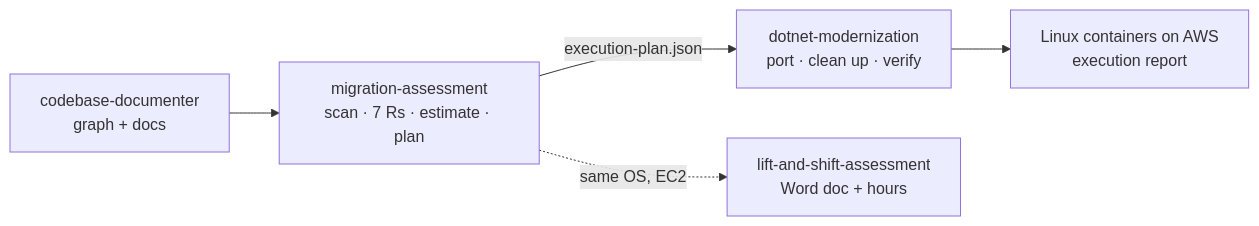
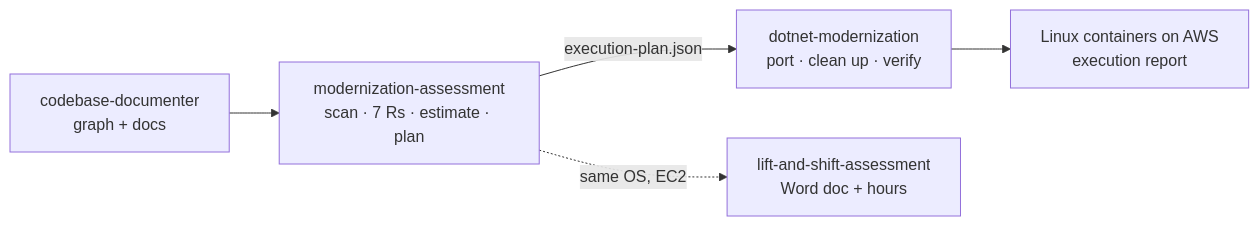
The diagram in README.md (MayankPunghal/Skills), drawn with Mermaid before and after one commit. The commit also changed other lines of this file and 175 other files, not shown here.

First line of the commit message:
Rename skill: migration-assessment -> modernization-assessment 3.0.0

````diff
--- a/README.md
+++ b/README.md
@@ -79,7 +79,7 @@
 ```mermaid
 flowchart LR
-    A["codebase-documenter<br/>graph + docs"] --> B["migration-assessment<br/>scan · 7 Rs · estimate · plan"]
+    A["codebase-documenter<br/>graph + docs"] --> B["modernization-assessment<br/>scan · 7 Rs · estimate · plan"]
     B -->|"execution-plan.json"| C["dotnet-modernization<br/>port · clean up · verify"]
     B -.->|"same OS, EC2"| D["lift-and-shift-assessment<br/>Word doc + hours"]
     C --> E["Linux containers on AWS<br/>execution report"]
 ```
````
